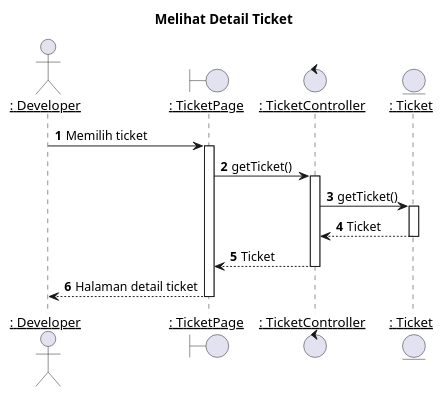
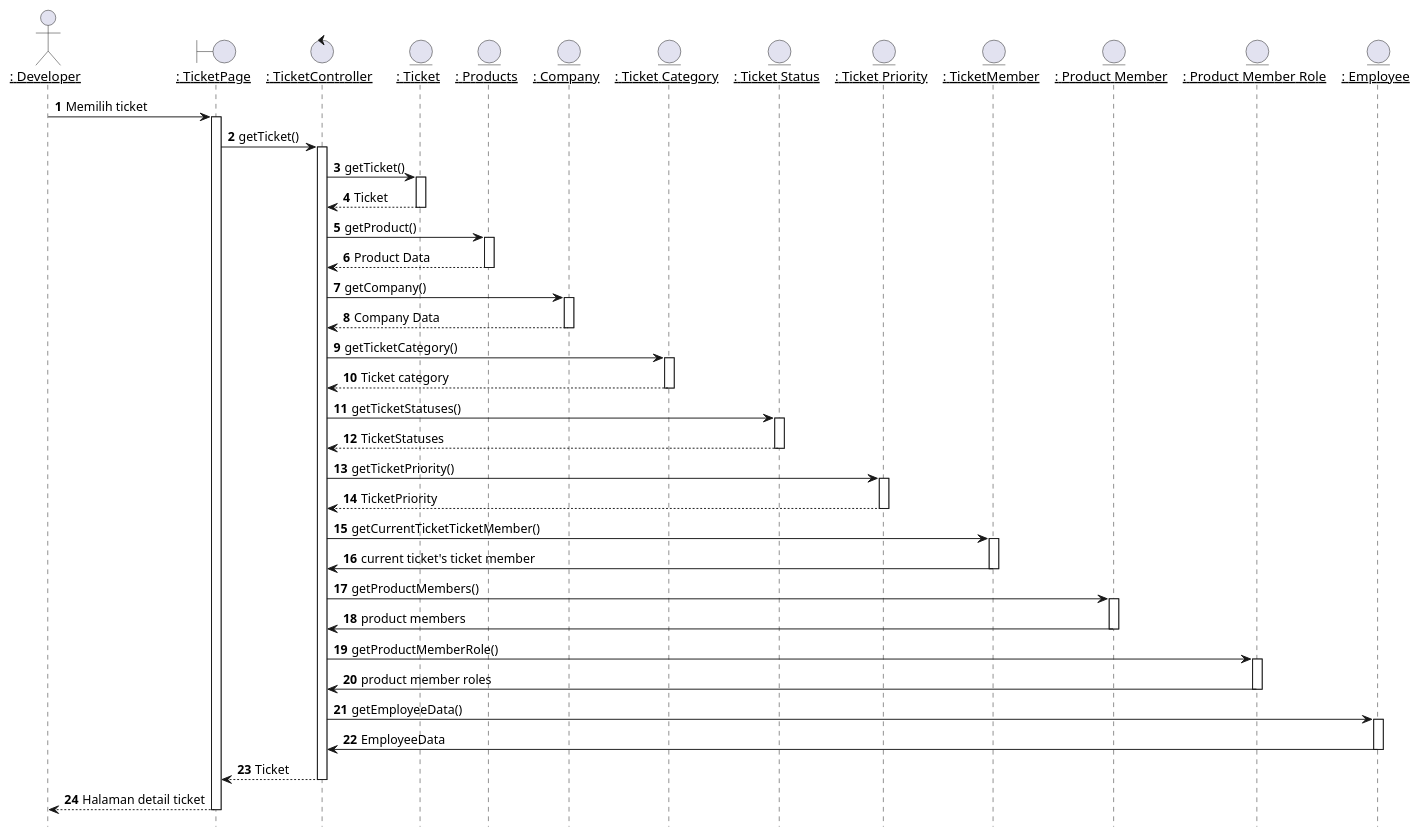
Before and after one commit to TAS-PKL/Laporan-PKL-Ticketing: the diagram in plantuml/sequence/idev/idev3.puml, drawn with PlantUML. The commit also changed 47 other files, not shown here.

```diff
--- a/plantuml/sequence/idev/idev3.puml
+++ b/plantuml/sequence/idev/idev3.puml
@@ -1,39 +1,95 @@
 @startuml Melihat Detail Ticket
 
-title "Melihat Detail Ticket"
+hide footbox
+' title "Melihat Detail Ticket"
 
 actor DEV as "__: Developer__"
 boundary TicketPage as "__: TicketPage__"
 control TicketController as "__: TicketController__"
 entity Ticket as "__: Ticket__"
+entity Product as "__: Products__"
+entity Company as "__: Company__"
+entity TicketCategory as "__: Ticket Category__"
+entity TicketStatuses as "__: Ticket Status__"
+entity TicketPriority as "__: Ticket Priority__"
+entity TicketMember as "__: TicketMember__"
+entity ProductMembers as "__: Product Member__"
+entity ProductMemberRoles as "__: Product Member Role__"
+entity Employees as "__: Employee__"
 
 autonumber 1
-'list
-' DEV -> TicketPage: Membuka halaman list ticket
-' activate TicketPage
-
-' TicketPage -> DEV: Halaman list ticket
-' deactivate TicketPage
-
-'detail
 DEV -> TicketPage: Memilih ticket
 activate TicketPage
 
 
 TicketPage -> TicketController: getTicket()
 activate TicketController
 
 TicketController -> Ticket: getTicket()
 activate Ticket
 
 Ticket --> TicketController : Ticket
 deactivate Ticket
 
+TicketController -> Product: getProduct()
+activate Product
+
+Product --> TicketController : Product Data
+deactivate Product
+
+TicketController -> Company: getCompany()
+activate Company
+
+Company --> TicketController : Company Data
+deactivate Company
+
+TicketController -> TicketCategory: getTicketCategory()
+activate TicketCategory
+
+TicketCategory --> TicketController : Ticket category
+deactivate TicketCategory
+
+TicketController -> TicketStatuses: getTicketStatuses()
+activate TicketStatuses
+
+TicketStatuses --> TicketController : TicketStatuses
+deactivate TicketStatuses
+
+TicketController -> TicketPriority: getTicketPriority()
+activate TicketPriority
+
+TicketPriority --> TicketController : TicketPriority
+deactivate TicketPriority
+
+TicketController -> TicketMember: getCurrentTicketTicketMember()
+activate TicketMember
+
+TicketMember -> TicketController: current ticket's ticket member
+deactivate TicketMember
+
+TicketController -> ProductMembers: getProductMembers()
+activate ProductMembers
+
+ProductMembers -> TicketController: product members
+deactivate ProductMembers
+
+TicketController -> ProductMemberRoles: getProductMemberRole()
+activate ProductMemberRoles
+
+ProductMemberRoles -> TicketController: product member roles
+deactivate ProductMemberRoles
+
+TicketController -> Employees: getEmployeeData()
+activate Employees
+
+Employees -> TicketController: EmployeeData
+deactivate Employees
+
 TicketController --> TicketPage : Ticket
 deactivate TicketController
 
 TicketPage --> DEV : Halaman detail ticket
 deactivate TicketPage
 
 
 @enduml
```
